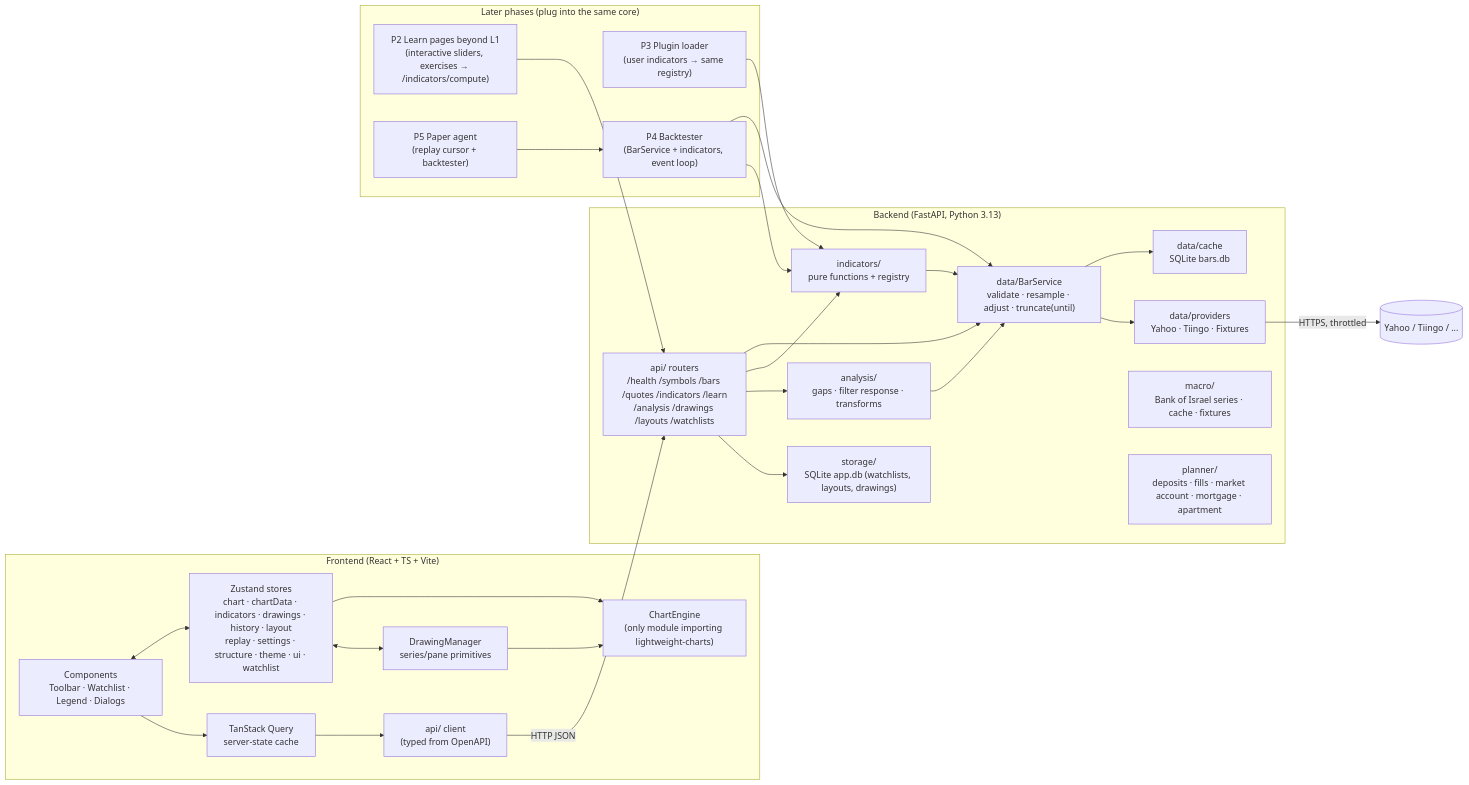
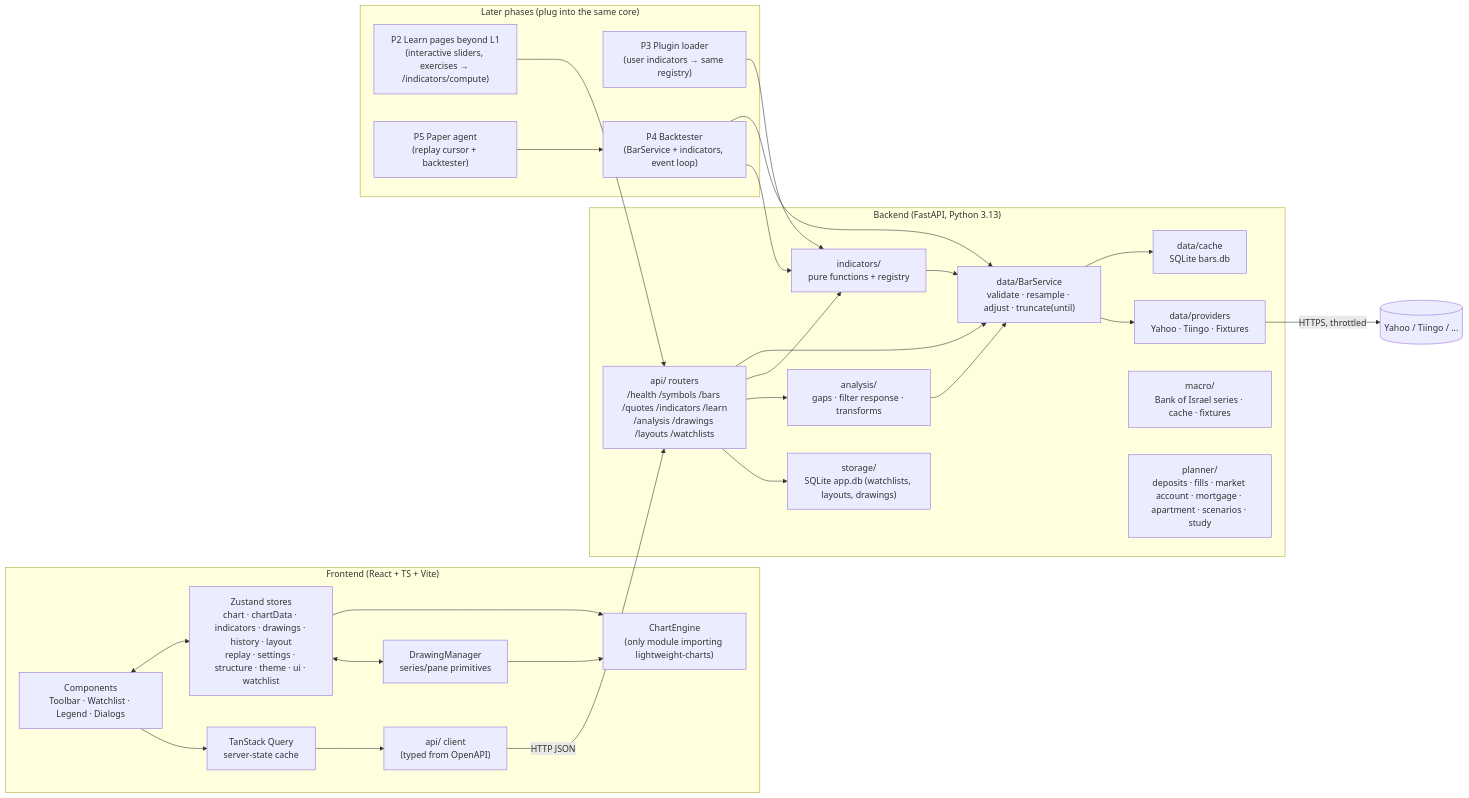
The first of 2 diagrams in docs/ARCHITECTURE.md (tamirgabgab/trade-nig-view), drawn with Mermaid before and after one commit. The commit also changed other lines of this file and 6 other files, not shown here.

First line of the commit message:
docs(planner): ADR 0021, the scenario API, and H3a in the plan, ROADMAP, README and HANDOFF

````diff
--- a/docs/ARCHITECTURE.md
+++ b/docs/ARCHITECTURE.md
@@ -18,50 +18,50 @@
 ```mermaid
 flowchart LR
   subgraph Browser["Frontend (React + TS + Vite)"]
     UI["Components<br/>Toolbar · Watchlist · Legend · Dialogs"]
     Store["Zustand stores<br/>chart · chartData · indicators · drawings · history · layout<br/>replay · settings · structure · theme · ui · watchlist"]
     Query["TanStack Query<br/>server-state cache"]
     Engine["ChartEngine<br/>(only module importing lightweight-charts)"]
     Draw["DrawingManager<br/>series/pane primitives"]
     API["api/ client<br/>(typed from OpenAPI)"]
     UI <--> Store
     UI --> Query --> API
     Store --> Engine
     Draw --> Engine
     Store <--> Draw
   end
 
   subgraph Backend["Backend (FastAPI, Python 3.13)"]
     Routes["api/ routers<br/>/health /symbols /bars /quotes /indicators /learn<br/>/analysis /drawings /layouts /watchlists"]
     BarSvc["data/BarService<br/>validate · resample · adjust · truncate(until)"]
     Cache["data/cache<br/>SQLite bars.db"]
     Prov["data/providers<br/>Yahoo · Tiingo · Fixtures"]
     Macro["macro/<br/>Bank of Israel series · cache · fixtures"]
-    Plan["planner/<br/>deposits · fills · market account · mortgage · apartment"]
+    Plan["planner/<br/>deposits · fills · market account · mortgage · apartment · scenarios · study"]
     Ind["indicators/<br/>pure functions + registry"]
     Ana["analysis/<br/>gaps · filter response · transforms"]
     Store2["storage/<br/>SQLite app.db (watchlists, layouts, drawings)"]
     Routes --> BarSvc --> Cache
     BarSvc --> Prov
     Routes --> Ind
     Routes --> Ana
     Ind --> BarSvc
     Ana --> BarSvc
     Routes --> Store2
   end
 
   subgraph Future["Later phases (plug into the same core)"]
     Learn["P2 Learn pages beyond L1<br/>(interactive sliders, exercises → /indicators/compute)"]
     Plug["P3 Plugin loader<br/>(user indicators → same registry)"]
     BT["P4 Backtester<br/>(BarService + indicators, event loop)"]
     Agent["P5 Paper agent<br/>(replay cursor + backtester)"]
   end
 
   API -->|HTTP JSON| Routes
   Prov -->|HTTPS, throttled| Internet[(Yahoo / Tiingo / ...)]
   Learn --> Routes
   Plug --> Ind
   BT --> BarSvc
   BT --> Ind
   Agent --> BT
 ```
````
